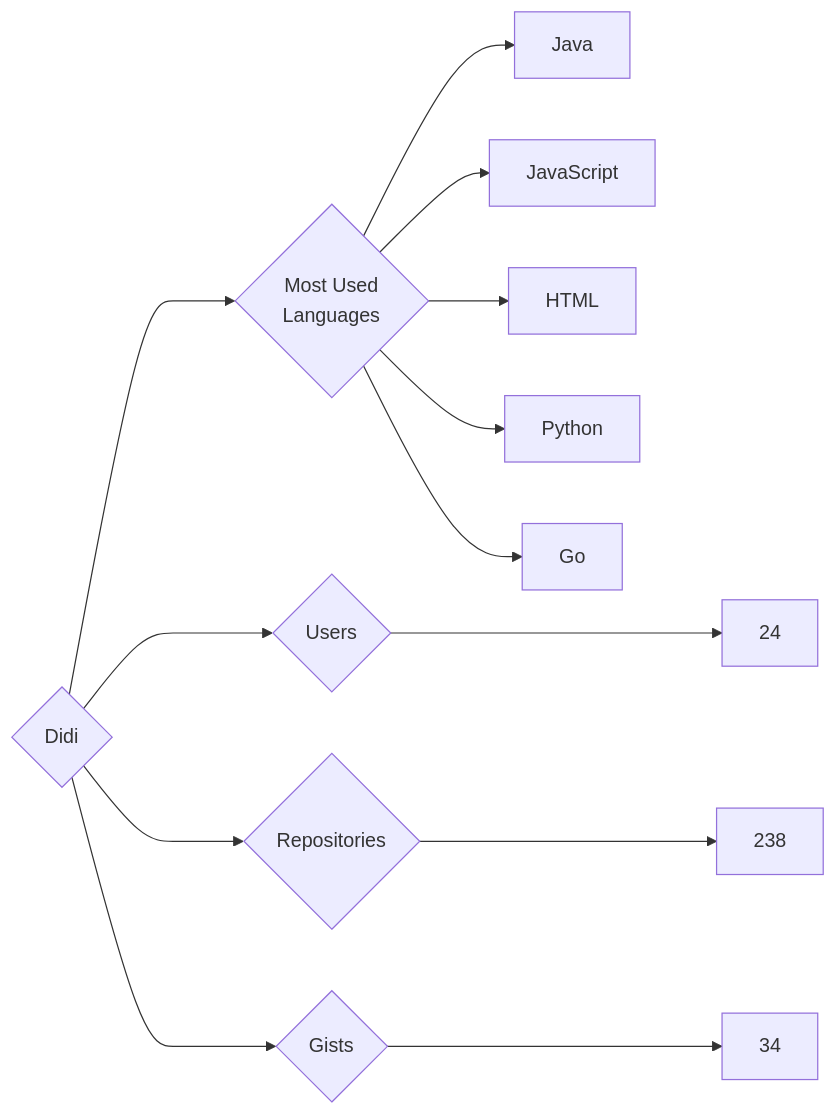
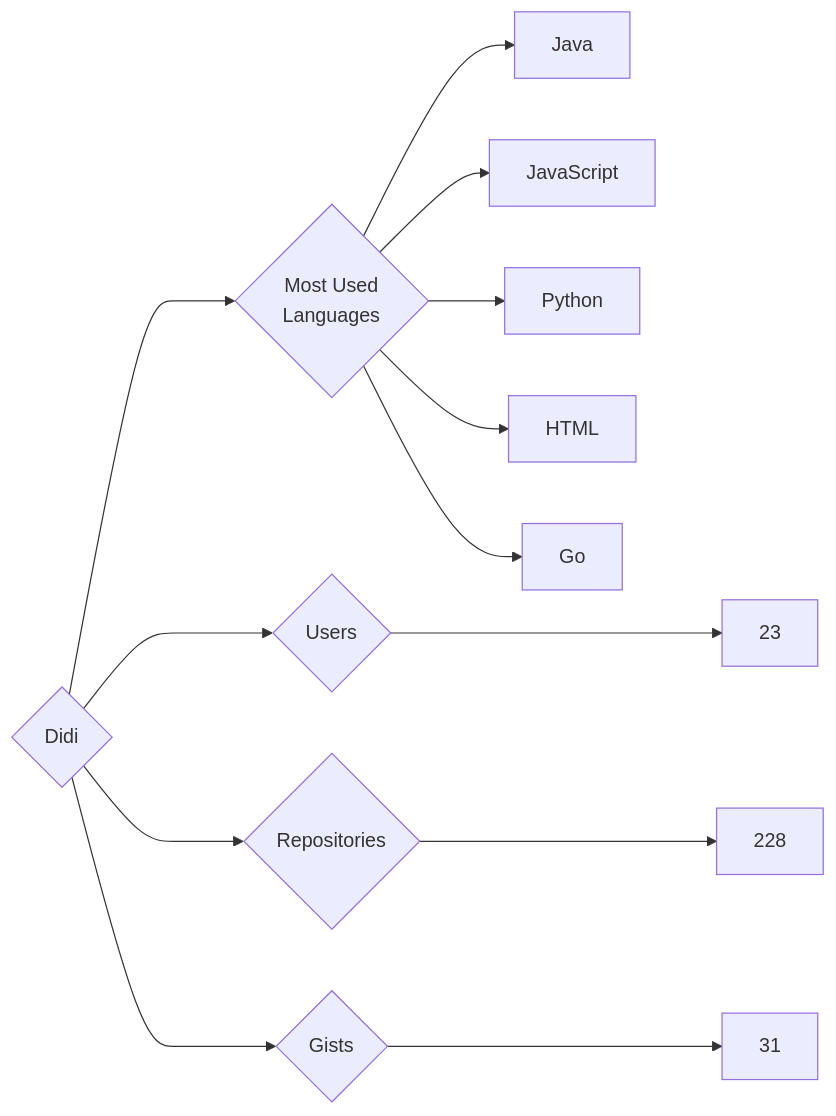
The diagram in targets/Didi/README.md (trickest/insiders), drawn with Mermaid before and after one commit. The commit also changed 777 other files, not shown here.

````diff
--- a/targets/Didi/README.md
+++ b/targets/Didi/README.md
@@ -3,13 +3,13 @@
 ```mermaid
 graph LR
 COMPANY_NAME{Didi}
-COMPANY_NAME ---> U{Users} ---> UN[24]
-COMPANY_NAME ---> R{Repositories} ---> RN[238]
-COMPANY_NAME ---> G{Gists} ---> GN[34]
+COMPANY_NAME ---> U{Users} ---> UN[23]
+COMPANY_NAME ---> R{Repositories} ---> RN[228]
+COMPANY_NAME ---> G{Gists} ---> GN[31]
 COMPANY_NAME ---> ML{Most Used<br>Languages}
 ML --> Java[Java]
 ML --> JavaScript[JavaScript]
+ML --> Python[Python]
 ML --> HTML[HTML]
-ML --> Python[Python]
 ML --> Go[Go]
 ```
````
